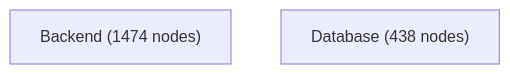
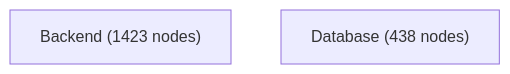
The first of 4 diagrams in docs/architecture-analysis/architecture.report.md (jankneumann/agentic-coding-tools), drawn with Mermaid before and after one commit. The commit also changed other lines of this file and 36 other files, not shown here.

````diff
--- a/docs/architecture-analysis/architecture.report.md
+++ b/docs/architecture-analysis/architecture.report.md
@@ -501,5 +501,5 @@
 ```mermaid
 flowchart TB
-    Backend["Backend (1474 nodes)"]
+    Backend["Backend (1423 nodes)"]
     Database["Database (438 nodes)"]
 ```
````
